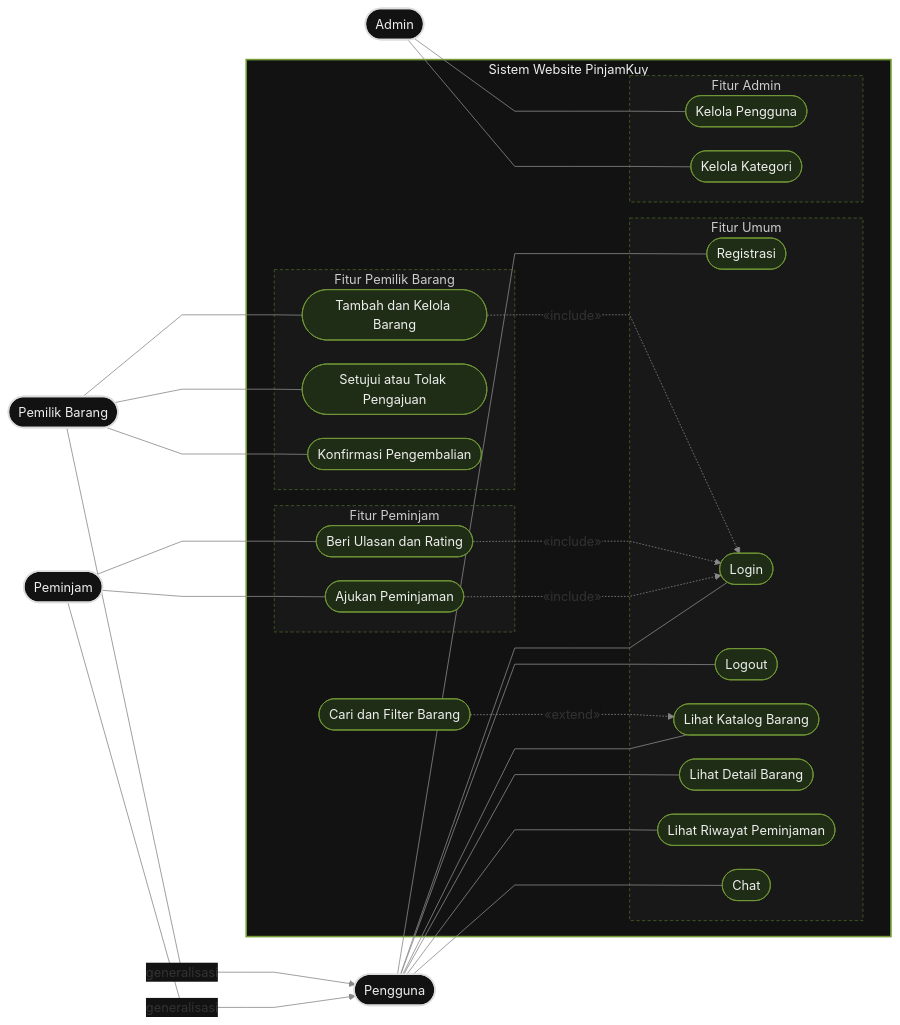
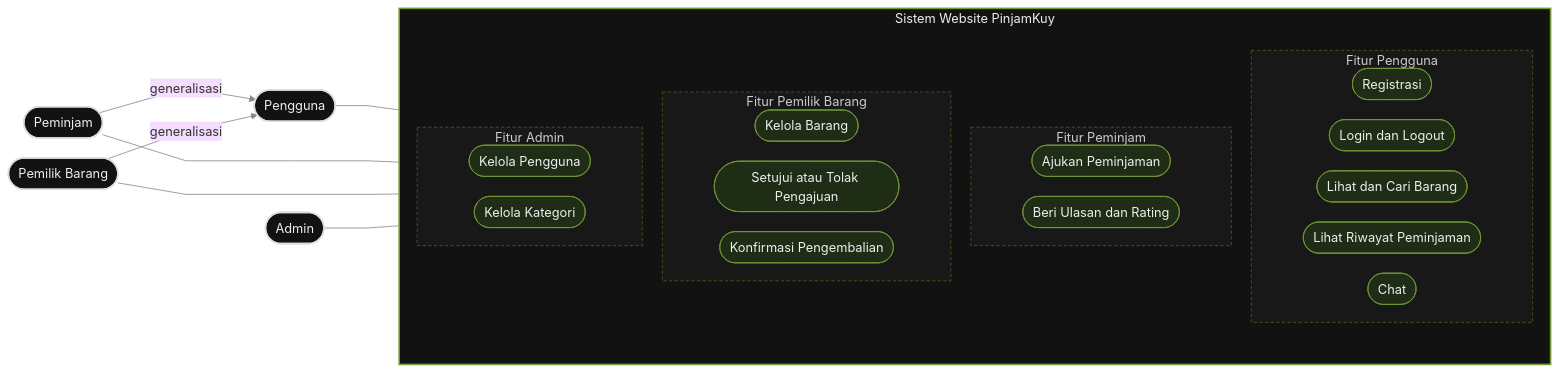
One commit to RPLUNIT052026/KELOMPOK-6---PinjamKuy changed the diagram in sprint-2/use-case.md. Above: the diagram before and after it, drawn with Mermaid.

````diff
--- a/sprint-2/use-case.md
+++ b/sprint-2/use-case.md
@@ -7,56 +7,49 @@
 ```mermaid
-%%{init: {"theme": "base", "flowchart": {"curve": "linear", "nodeSpacing": 30, "rankSpacing": 70}, "themeVariables": {"fontFamily": "Arial", "lineColor": "#888888", "edgeLabelBackground": "#121212"}}}%%
+%%{init: {"theme": "base", "flowchart": {"curve": "linear", "nodeSpacing": 25, "rankSpacing": 80}, "themeVariables": {"fontFamily": "Arial", "lineColor": "#888888"}}}%%
 flowchart LR
     PG(["Pengguna"])
     PM(["Peminjam"])
     PB(["Pemilik Barang"])
     AD(["Admin"])
 
     PM -->|"generalisasi"| PG
     PB -->|"generalisasi"| PG
 
     subgraph SISTEM["Sistem Website PinjamKuy"]
-        subgraph UMUM["Fitur Umum"]
+        direction TB
+        subgraph UMUM["Fitur Pengguna"]
             UC1(["Registrasi"])
-            UC2(["Login"])
-            UC3(["Logout"])
-            UC4(["Lihat Katalog Barang"])
-            UC6(["Lihat Detail Barang"])
-            UC8(["Lihat Riwayat Peminjaman"])
-            UC13(["Chat"])
+            UC2(["Login dan Logout"])
+            UC3(["Lihat dan Cari Barang"])
+            UC4(["Lihat Riwayat Peminjaman"])
+            UC5(["Chat"])
         end
         subgraph PINJAM["Fitur Peminjam"]
-            UC7(["Ajukan Peminjaman"])
-            UC9(["Beri Ulasan dan Rating"])
+            UC6(["Ajukan Peminjaman"])
+            UC7(["Beri Ulasan dan Rating"])
         end
         subgraph PEMILIK["Fitur Pemilik Barang"]
-            UC10(["Tambah dan Kelola Barang"])
-            UC11(["Setujui atau Tolak Pengajuan"])
-            UC12(["Konfirmasi Pengembalian"])
+            UC8(["Kelola Barang"])
+            UC9(["Setujui atau Tolak Pengajuan"])
+            UC10(["Konfirmasi Pengembalian"])
         end
         subgraph ADMIN["Fitur Admin"]
-            UC14(["Kelola Pengguna"])
-            UC15(["Kelola Kategori"])
+            UC11(["Kelola Pengguna"])
+            UC12(["Kelola Kategori"])
         end
-        UC5(["Cari dan Filter Barang"])
     end
 
-    PG --- UC1 & UC2 & UC3 & UC4 & UC6 & UC8 & UC13
-    PM --- UC7 & UC9
-    PB --- UC10 & UC11 & UC12
-    AD --- UC14 & UC15
-
-    UC5 -.->|"«extend»"| UC4
-    UC7 -.->|"«include»"| UC2
-    UC9 -.->|"«include»"| UC2
-    UC10 -.->|"«include»"| UC2
+    PG --- UMUM
+    PM --- PINJAM
+    PB --- PEMILIK
+    AD --- ADMIN
 
     classDef actor fill:#121212,stroke:#DDDDDD,color:#EEEEEE,stroke-width:2px
     classDef usecase fill:#1F2D16,stroke:#739A36,color:#EEEEEE
     classDef group fill:#181818,stroke:#4A6324,color:#CCCCCC,stroke-dasharray:4 3
 
     class PG,PM,PB,AD actor
-    class UC1,UC2,UC3,UC4,UC5,UC6,UC7,UC8,UC9,UC10,UC11,UC12,UC13,UC14,UC15 usecase
+    class UC1,UC2,UC3,UC4,UC5,UC6,UC7,UC8,UC9,UC10,UC11,UC12 usecase
     class UMUM,PINJAM,PEMILIK,ADMIN group
     style SISTEM fill:#121212,stroke:#739A36,color:#EEEEEE,stroke-width:2px
 ```
````
